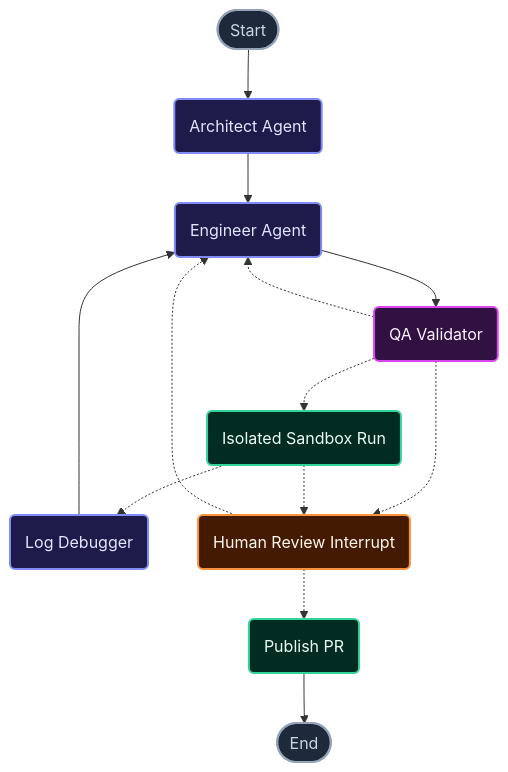
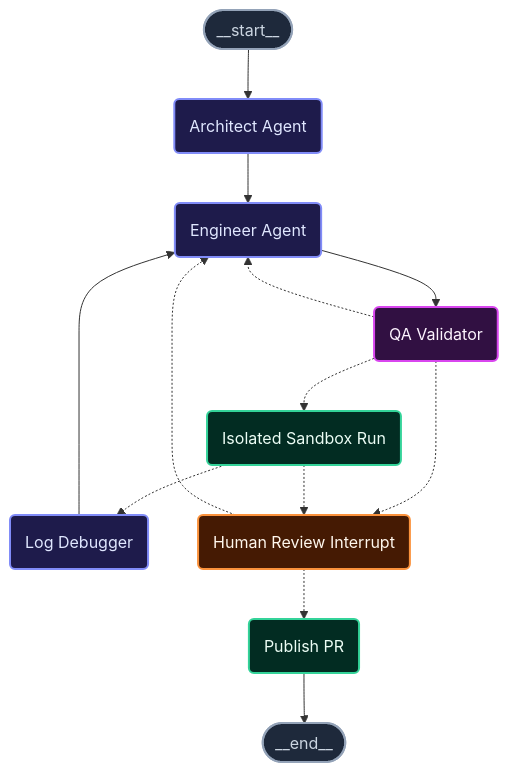
One commit to P202U/Repograte changed the diagram in README.md. Above: the diagram before and after it, drawn with Mermaid.

Commit message:
docs(readme): update architecture diagram labels to match LangGraph system node names
- Rename display text for start and end nodes to `__start__` and `__end__` to align directly with LangGraph's internal state machine naming conventions.

````diff
--- a/README.md
+++ b/README.md
@@ -20,33 +20,34 @@
 ```mermaid
 graph TD;
-	__start__([Start]):::startEnd
+	__start__([__start__]):::startEnd
 	architect(Architect Agent):::agent
 	engineer(Engineer Agent):::agent
 	qa_validator(QA Validator):::qa
 	sandbox(Isolated Sandbox Run):::infra
 	debugger(Log Debugger):::agent
 	human_review(Human Review Interrupt):::human
 	publish_pr(Publish PR):::infra
-	__end__([End]):::startEnd
+	__end__([__end__]):::last
 
 	__start__ --> architect;
 	architect --> engineer;
 	debugger --> engineer;
 	engineer --> qa_validator;
 	human_review -.-> engineer;
 	human_review -.-> publish_pr;
 	qa_validator -.-> engineer;
 	qa_validator -.-> sandbox;
 	qa_validator -.-> human_review;
 	sandbox -.-> debugger;
 	sandbox -.-> human_review;
 	publish_pr --> __end__;
 
 	%% Premium Neon / Developer Palette
 	classDef default fill:#0f172a,stroke:#38bdf8,color:#f8fafc,stroke-width:2px;
 	classDef agent fill:#1e1b4b,stroke:#818cf8,color:#e0e7ff,stroke-width:2px;
 	classDef qa fill:#311042,stroke:#d946ef,color:#fdf4ff,stroke-width:2px;
 	classDef infra fill:#022c22,stroke:#34d399,color:#ecfdf5,stroke-width:2px;
 	classDef human fill:#451a03,stroke:#fb923c,color:#fff7ed,stroke-width:2px;
 	classDef startEnd fill:#1e293b,stroke:#94a3b8,color:#cbd5e1,stroke-width:2px;
+	classDef last fill:#1e293b,stroke:#94a3b8,color:#cbd5e1,stroke-width:2px;
 ```
````
